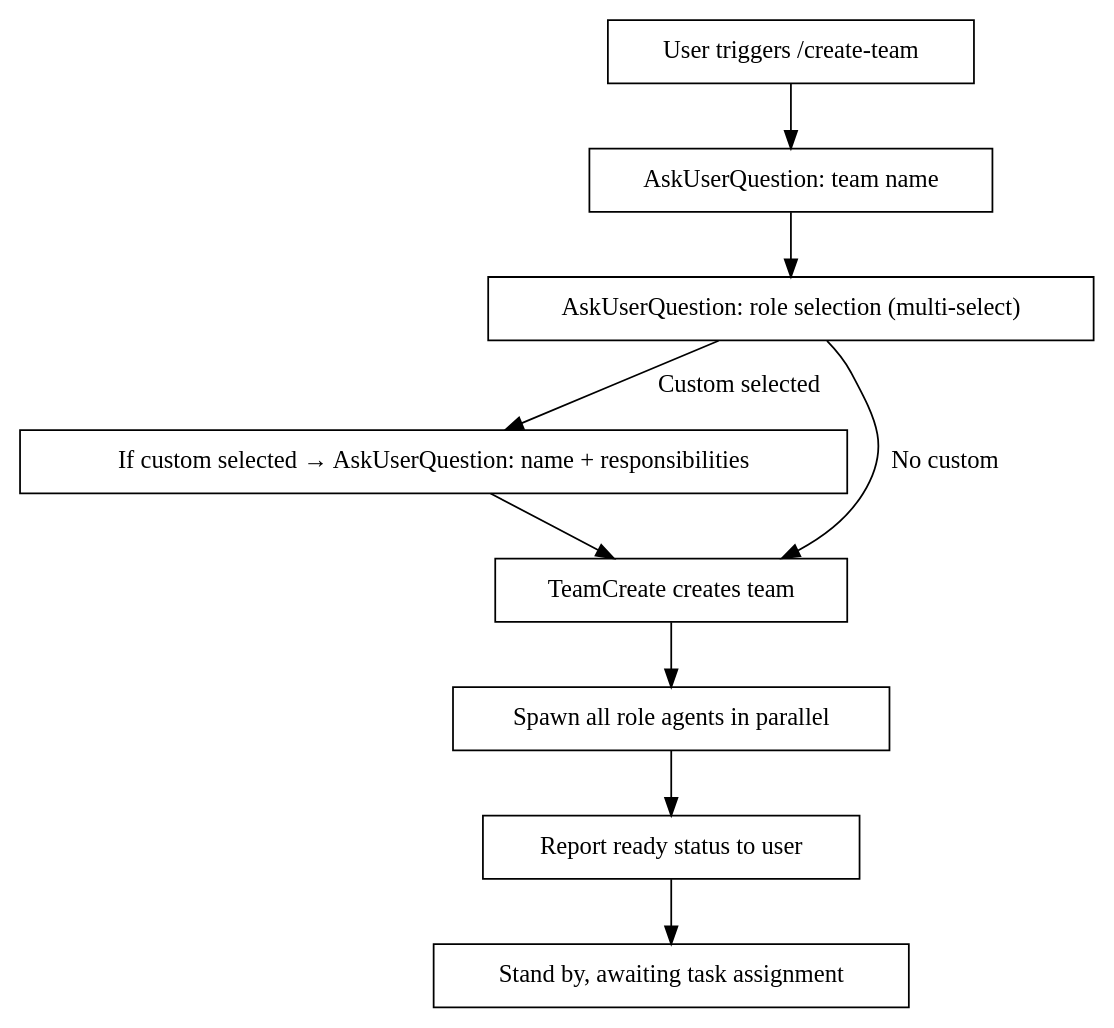
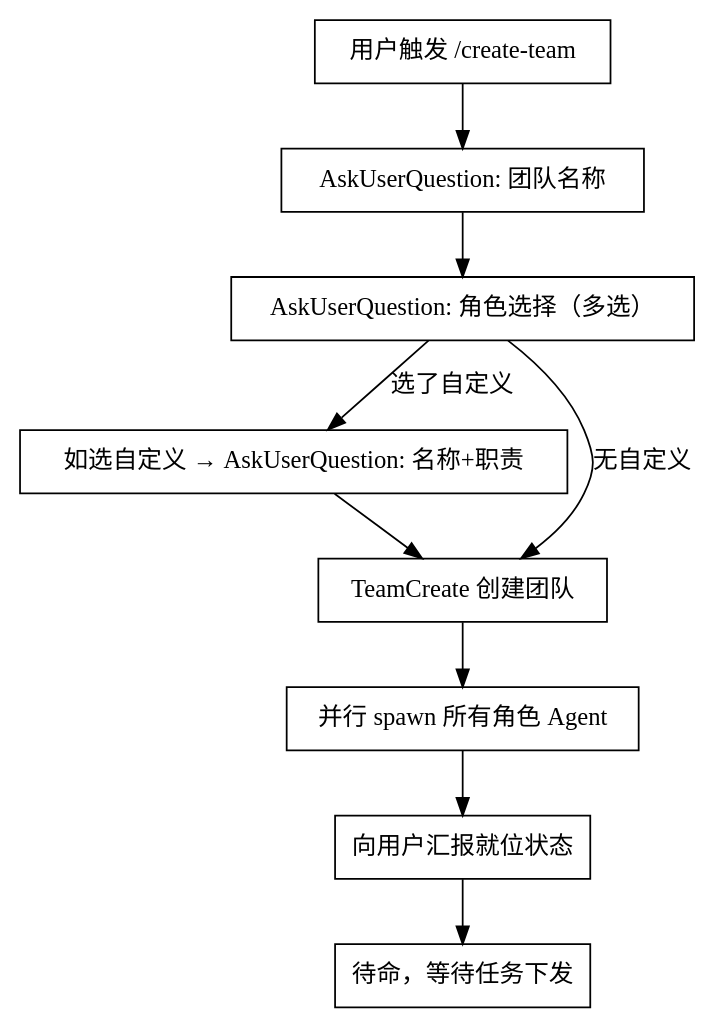
The diagram in skills/create-team/SKILL.md (jinx911/jira-flow), drawn with Graphviz before and after one commit. The commit also changed other lines of this file and 17 other files, not shown here.

````diff
--- a/skills/create-team/SKILL.md
+++ b/skills/create-team/SKILL.md
@@ -18,22 +18,22 @@
 ```dot
 digraph {
   rankdir=TB;
-  start [label="User triggers /create-team", shape=box];
-  ask_name [label="AskUserQuestion: team name", shape=box];
-  ask_roles [label="AskUserQuestion: role selection (multi-select)", shape=box];
-  ask_custom [label="If custom selected → AskUserQuestion: name + responsibilities", shape=box];
-  create [label="TeamCreate creates team", shape=box];
-  spawn [label="Spawn all role agents in parallel", shape=box];
-  confirm [label="Report ready status to user", shape=box];
-  done [label="Stand by, awaiting task assignment", shape=box];
+  start [label="用户触发 /create-team", shape=box];
+  ask_name [label="AskUserQuestion: 团队名称", shape=box];
+  ask_roles [label="AskUserQuestion: 角色选择（多选）", shape=box];
+  ask_custom [label="如选自定义 → AskUserQuestion: 名称+职责", shape=box];
+  create [label="TeamCreate 创建团队", shape=box];
+  spawn [label="并行 spawn 所有角色 Agent", shape=box];
+  confirm [label="向用户汇报就位状态", shape=box];
+  done [label="待命，等待任务下发", shape=box];
 
   start -> ask_name;
   ask_name -> ask_roles;
-  ask_roles -> ask_custom [label="Custom selected"];
-  ask_roles -> create [label="No custom"];
+  ask_roles -> ask_custom [label="选了自定义"];
+  ask_roles -> create [label="无自定义"];
   ask_custom -> create;
   create -> spawn;
   spawn -> confirm;
   confirm -> done;
 }
 ```
````
